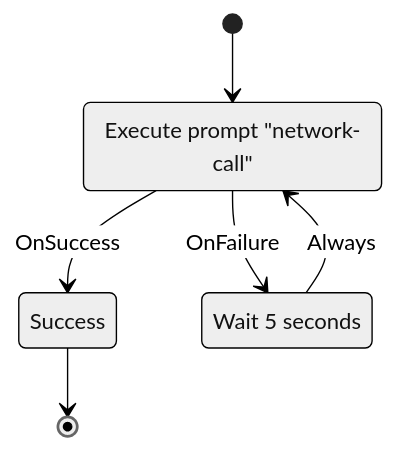
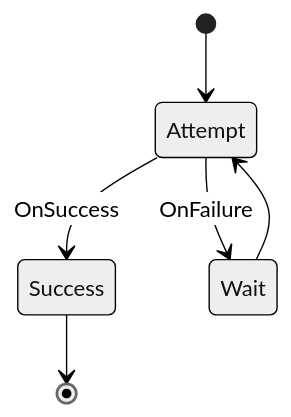
The fifth of 10 diagrams in doc/src/workflows.md (wballard/swissarmyhammer), drawn with Mermaid (neutral theme) before and after one commit. The commit also changed other lines of this file and 3 other files, not shown here.

````diff
--- a/doc/src/workflows.md
+++ b/doc/src/workflows.md
@@ -198,11 +263,8 @@
 ```mermaid
 stateDiagram-v2
     [*] --> Attempt
     Attempt --> Success: OnSuccess
     Attempt --> Wait: OnFailure
-    Wait --> Attempt: Always
+    Wait --> Attempt
     Success --> [*]
-    
-    Attempt: Execute prompt "network-call"
-    Wait: Wait 5 seconds
 ```
````
